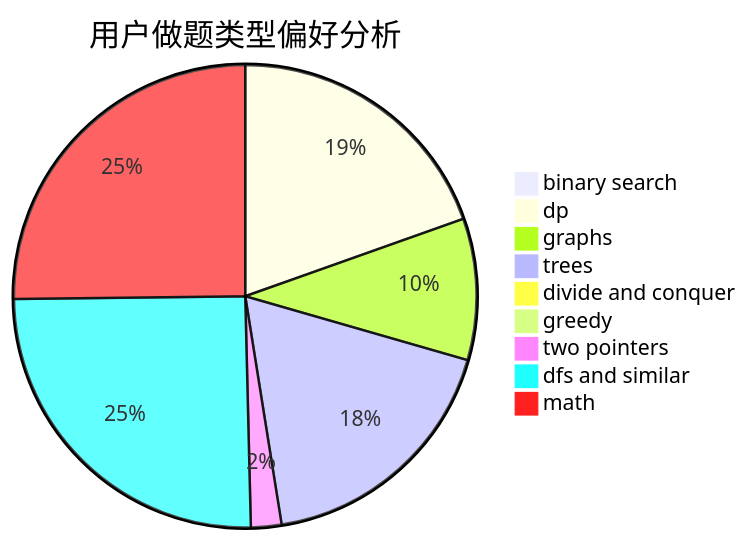
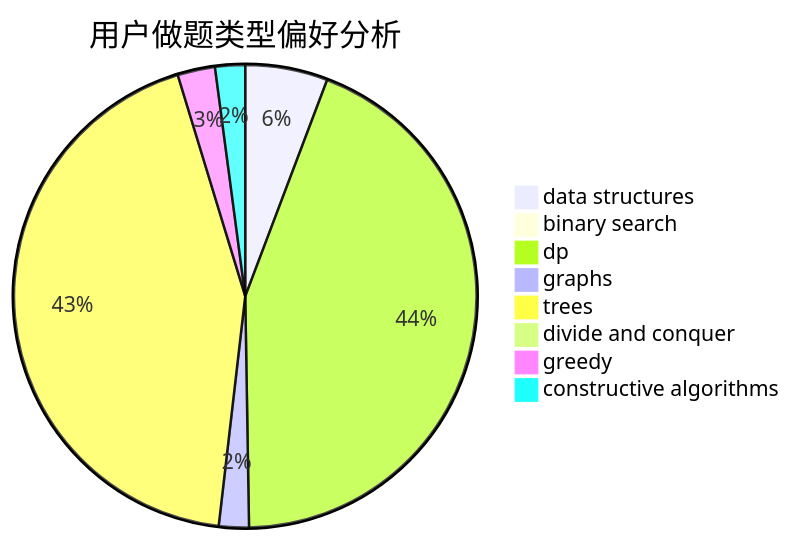
The second of 3 diagrams in docs/user/u1792.md (sherpahu/cfrs.github.io), drawn with Mermaid before and after one commit. The commit also changed other lines of this file and 2775 other files, not shown here.

````diff
--- a/docs/user/u1792.md
+++ b/docs/user/u1792.md
@@ -23,12 +23,11 @@
 ```mermaid
 pie title 用户做题类型偏好分析
-    "binary search" :  3
-    "dp" :  101
-    "graphs" :  51
-    "trees" :  93
-    "divide and conquer" :  5
+    "data structures" :  11
+    "binary search" :  1
+    "dp" :  84
+    "graphs" :  4
+    "trees" :  83
+    "divide and conquer" :  0
     "greedy" :  5
-    "two pointers" :  11
-    "dfs and similar" :  130
-    "math" :  130
+    "constructive algorithms" :  4
 ```
````
